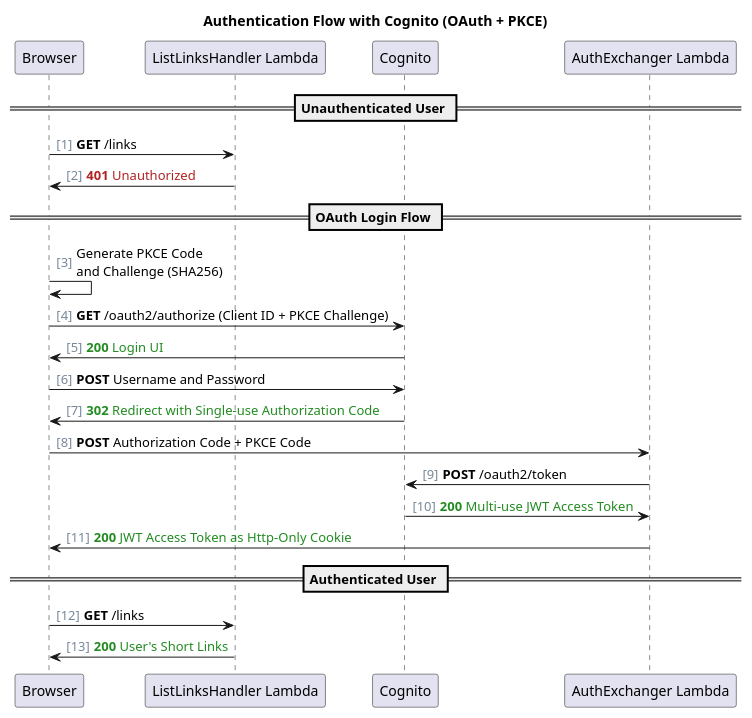
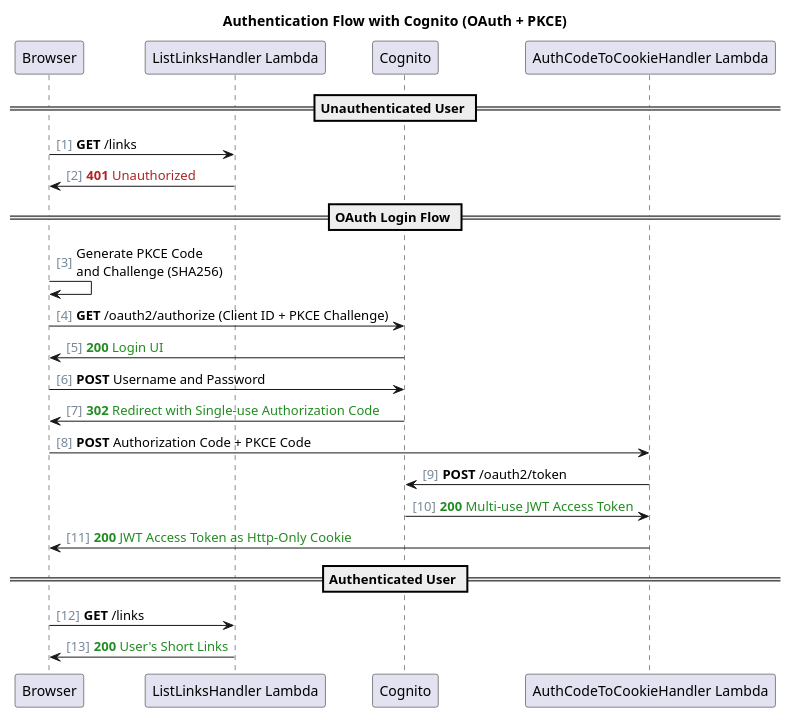
The diagram in liliput_blog_images/auth_sequence.puml (mourjo/diagrams), drawn with PlantUML before and after one commit. The commit also changed 15 other files, not shown here.

```diff
--- a/liliput_blog_images/auth_sequence.puml
+++ b/liliput_blog_images/auth_sequence.puml
@@ -1,26 +1,26 @@
 @startuml
 title "Authentication Flow with Cognito (OAuth + PKCE)"
 autonumber "<font color=LightSlateGrey>[0]"
 
 == Unauthenticated User ==
 
 Browser -> "ListLinksHandler Lambda": <b>GET</b> /links
 "ListLinksHandler Lambda" -> Browser: <font color=FireBrick><b>401</b> Unauthorized
 
 == OAuth Login Flow ==
 
 Browser -> Browser: Generate PKCE Code\nand Challenge (SHA256)
 Browser -> "Cognito": <b>GET</b> /oauth2/authorize (Client ID + PKCE Challenge)
 "Cognito" -> Browser: <font color=ForestGreen><b>200</b> Login UI
 Browser -> "Cognito": <b>POST</b> Username and Password
 "Cognito" -> Browser: <font color=ForestGreen><b>302</b> Redirect with Single-use Authorization Code
-Browser -> "AuthExchanger Lambda": <b>POST</b> Authorization Code + PKCE Code
-"AuthExchanger Lambda" -> "Cognito": <b>POST</b> /oauth2/token
-"Cognito" -> "AuthExchanger Lambda": <font color=ForestGreen><b>200</b> Multi-use JWT Access Token
-"AuthExchanger Lambda" -> Browser: <font color=ForestGreen><b>200</b> JWT Access Token as Http-Only Cookie
+Browser -> "AuthCodeToCookieHandler Lambda": <b>POST</b> Authorization Code + PKCE Code
+"AuthCodeToCookieHandler Lambda" -> "Cognito": <b>POST</b> /oauth2/token
+"Cognito" -> "AuthCodeToCookieHandler Lambda": <font color=ForestGreen><b>200</b> Multi-use JWT Access Token
+"AuthCodeToCookieHandler Lambda" -> Browser: <font color=ForestGreen><b>200</b> JWT Access Token as Http-Only Cookie
 
 == Authenticated User ==
 
 Browser -> "ListLinksHandler Lambda": <b>GET</b> /links
 "ListLinksHandler Lambda" -> Browser: <font color=ForestGreen><b>200</b> User's Short Links
 @enduml
```
